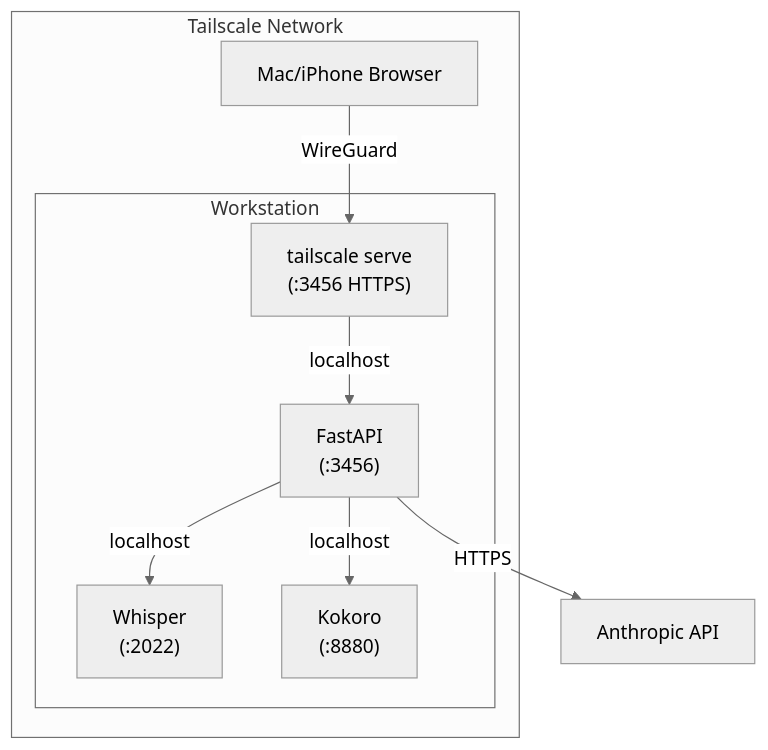
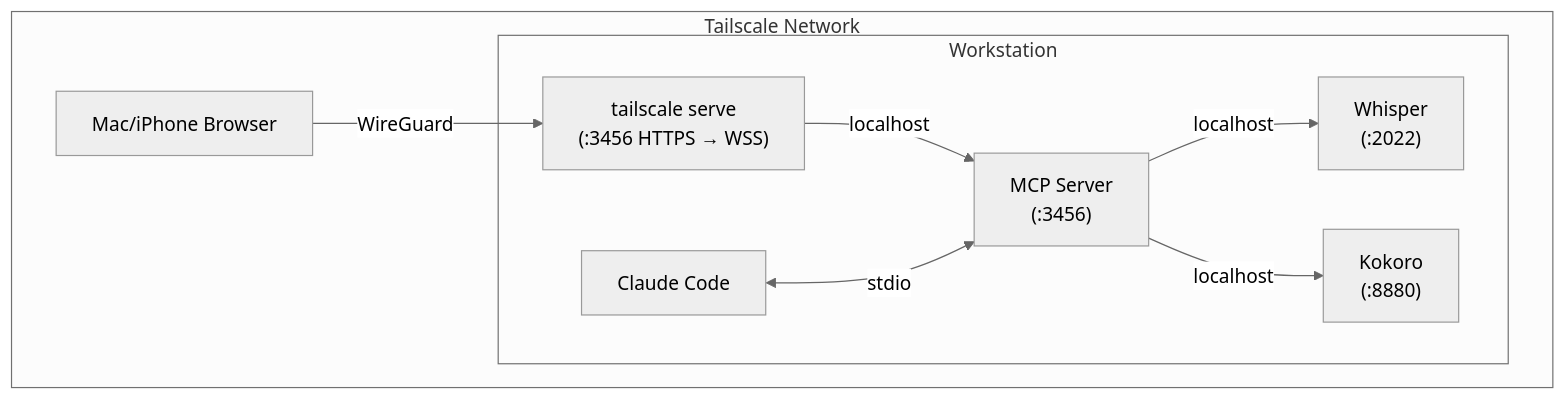
One commit to zeulewan/voice-chat changed the second of 2 diagrams in docs/architecture.md. Above: the diagram before and after it, drawn with Mermaid (neutral theme). The commit also changed other lines of this file and 7 other files, not shown here.

First line of the commit message:
v0.1.0: Replace HTTP proxy with MCP server + WebSocket bridge

````diff
--- a/docs/architecture.md
+++ b/docs/architecture.md
@@ -60,17 +94,18 @@
 ```mermaid
 flowchart TB
     subgraph tailnet["Tailscale Network"]
         Mac["Mac/iPhone Browser"]
         subgraph workstation["Workstation"]
-            TS["tailscale serve\n(:3456 HTTPS)"]
-            API["FastAPI\n(:3456)"]
+            TS["tailscale serve\n(:3456 HTTPS → WSS)"]
+            MCP["MCP Server\n(:3456)"]
             W["Whisper\n(:2022)"]
             K["Kokoro\n(:8880)"]
+            CC["Claude Code"]
         end
     end
     Mac -->|"WireGuard"| TS
-    TS -->|"localhost"| API
-    API -->|"localhost"| W
-    API -->|"localhost"| K
-    API -->|"HTTPS"| Anthropic["Anthropic API"]
+    TS -->|"localhost"| MCP
+    MCP -->|"localhost"| W
+    MCP -->|"localhost"| K
+    CC <-->|"stdio"| MCP
 ```
````
